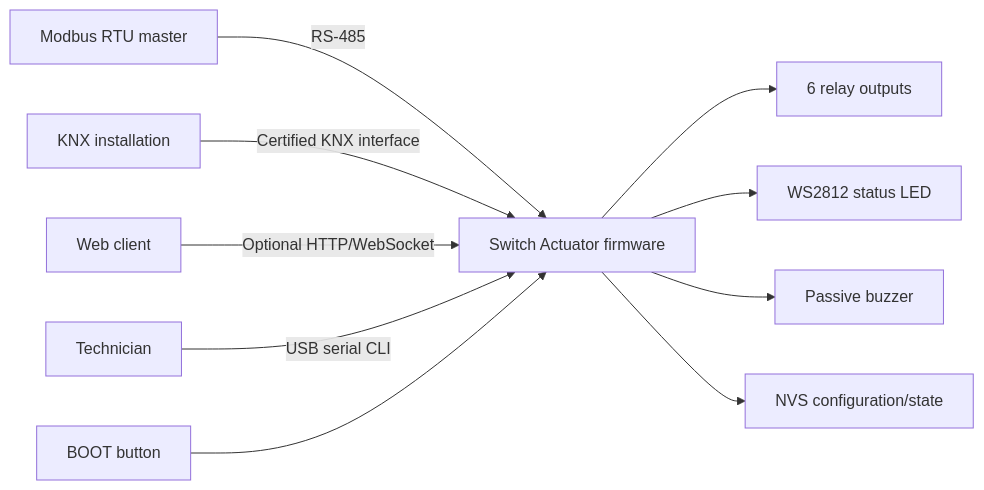
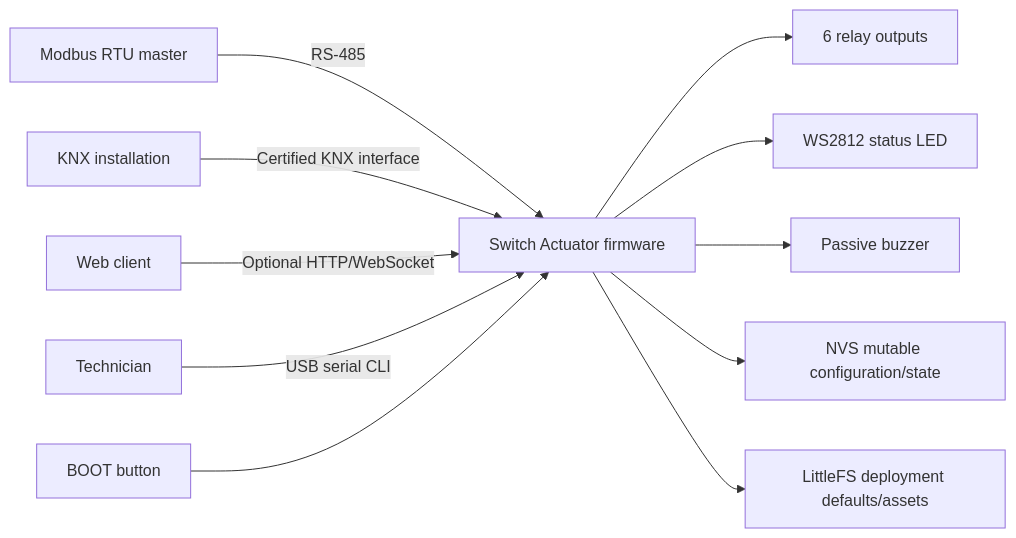
Before and after one commit to betamoojw/Waveshare_ESP32-S3-Relay-6CH: the first of 2 diagrams in design/software-architecture-instructions.md, drawn with Mermaid. The commit also changed other lines of this file and 24 other files, not shown here.

First line of the commit message:
feat(config): add LittleFS-backed JSON configuration

````diff
--- a/design/software-architecture-instructions.md
+++ b/design/software-architecture-instructions.md
@@ -43,12 +43,13 @@
 ```mermaid
 flowchart LR
 		Master[Modbus RTU master] -->|RS-485| Device
 		KnxBus[KNX installation] -->|Certified KNX interface| Device
 		Browser[Web client] -->|Optional HTTP/WebSocket| Device
 		Technician[Technician] -->|USB serial CLI| Device
 		Button[BOOT button] --> Device
 		Device[Switch Actuator firmware] --> Relays[6 relay outputs]
 		Device --> Led[WS2812 status LED]
 		Device --> Buzzer[Passive buzzer]
-		Device --> Storage[NVS configuration/state]
+		Device --> Storage[NVS mutable configuration/state]
+		Device --> FileSystem[LittleFS deployment defaults/assets]
 ```
````
